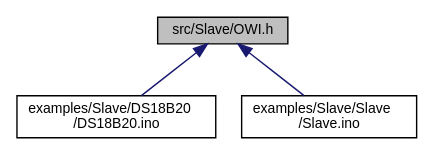
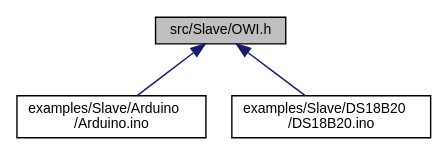
The diagram in Arduino-OWI/d6/d68/Slave_2OWI_8h__dep__incl.dot (mikaelpatel/mikaelpatel.github.io), drawn with Graphviz before and after one commit. The commit also changed 406 other files, not shown here.

```diff
--- a/Arduino-OWI/d6/d68/Slave_2OWI_8h__dep__incl.dot
+++ b/Arduino-OWI/d6/d68/Slave_2OWI_8h__dep__incl.dot
@@ -1,10 +1,10 @@
 digraph "src/Slave/OWI.h"
 {
   edge [fontname="Helvetica",fontsize="10",labelfontname="Helvetica",labelfontsize="10"];
   node [fontname="Helvetica",fontsize="10",shape=record];
   Node1 [label="src/Slave/OWI.h",height=0.2,width=0.4,color="black", fillcolor="grey75", style="filled", fontcolor="black"];
   Node1 -> Node2 [dir="back",color="midnightblue",fontsize="10",style="solid",fontname="Helvetica"];
-  Node2 [label="examples/Slave/DS18B20\l/DS18B20.ino",height=0.2,width=0.4,color="black", fillcolor="white", style="filled",URL="$df/d45/Slave_2DS18B20_2DS18B20_8ino.html"];
+  Node2 [label="examples/Slave/Arduino\l/Arduino.ino",height=0.2,width=0.4,color="black", fillcolor="white", style="filled",URL="$d4/d90/Slave_2Arduino_2Arduino_8ino.html"];
   Node1 -> Node3 [dir="back",color="midnightblue",fontsize="10",style="solid",fontname="Helvetica"];
-  Node3 [label="examples/Slave/Slave\l/Slave.ino",height=0.2,width=0.4,color="black", fillcolor="white", style="filled",URL="$db/d35/Slave_8ino.html"];
+  Node3 [label="examples/Slave/DS18B20\l/DS18B20.ino",height=0.2,width=0.4,color="black", fillcolor="white", style="filled",URL="$df/d45/Slave_2DS18B20_2DS18B20_8ino.html"];
 }
```
